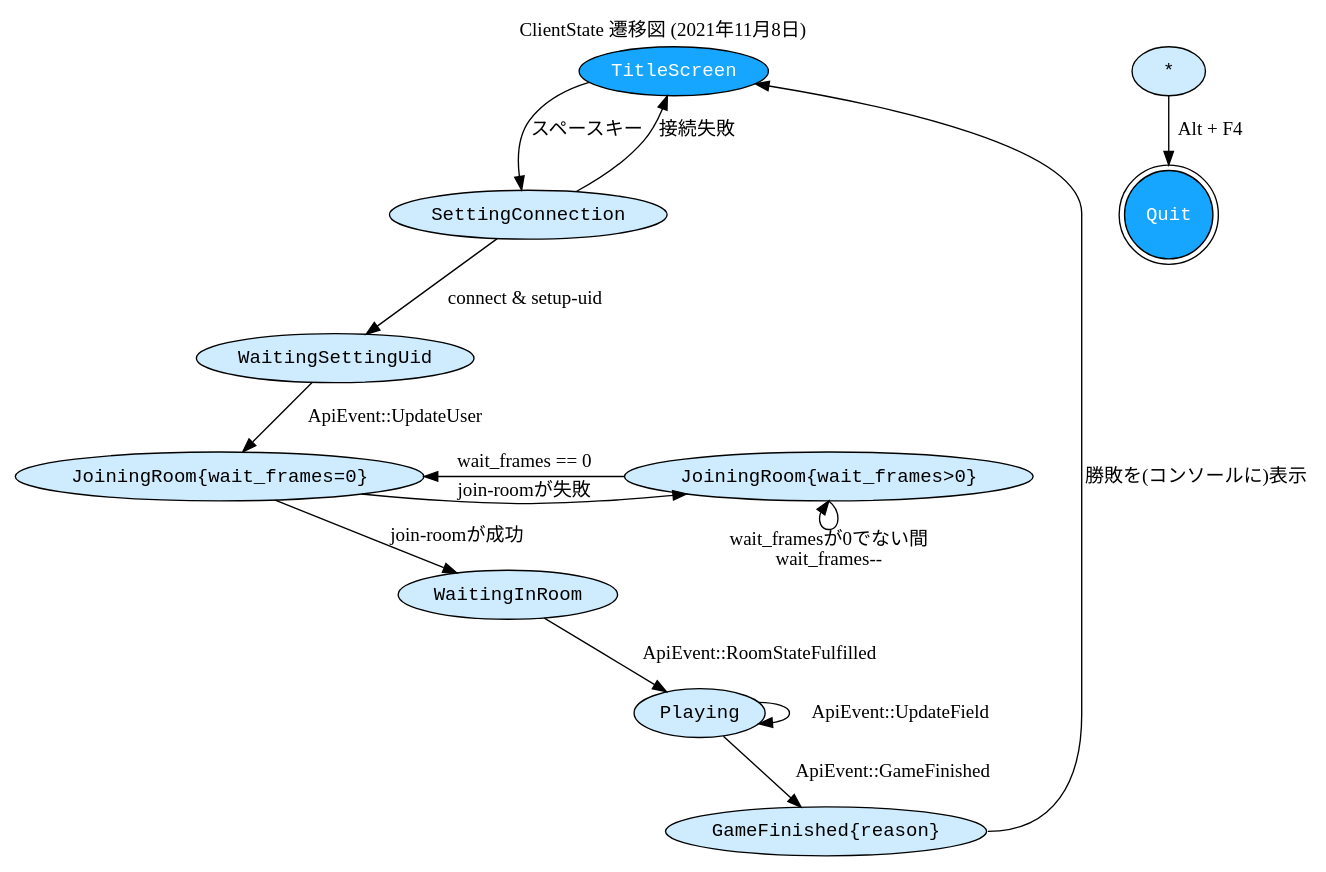
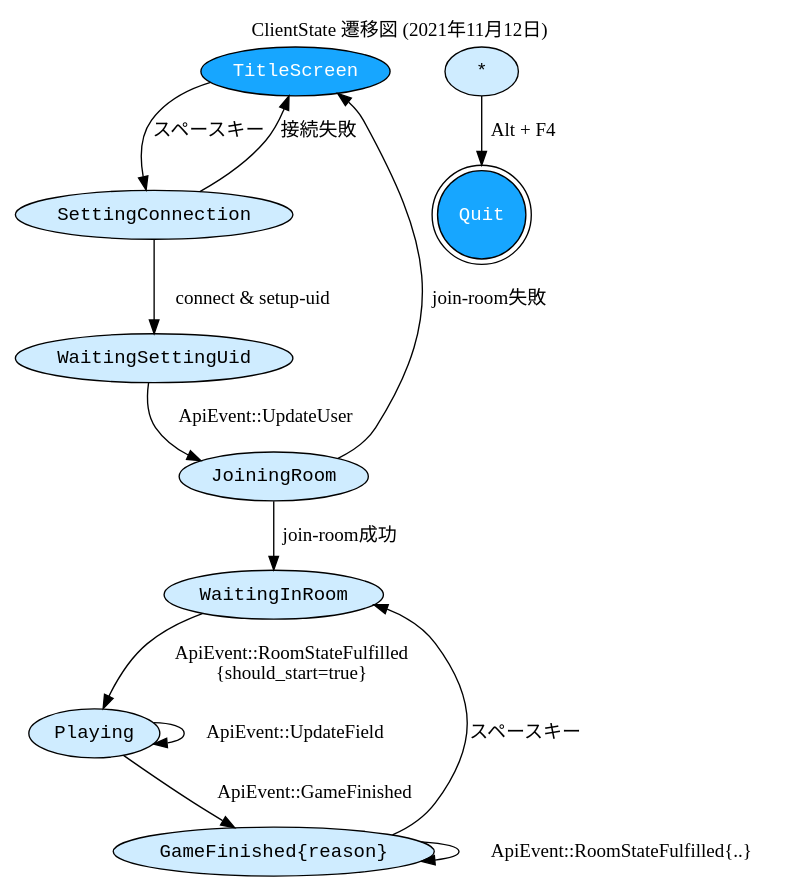
One commit to kcs1959/BlockingIO-client changed the diagram in doc/ClientState.dot. Above: the diagram before and after it, drawn with Graphviz. The commit also changed 1 other file, not shown here.

```diff
--- a/doc/ClientState.dot
+++ b/doc/ClientState.dot
@@ -1,92 +1,86 @@
 digraph ClientState {
   graph [
     charset = "UTF-8"
   ];
-  label = "ClientState 遷移図 (2021年11月8日)"
+  label = "ClientState 遷移図 (2021年11月12日)"
   labelloc = t
   labeljust = c
   rankdir = TB
   layout = dot
   
   node [
     fontname = "HackGen, Consolas, monospace"
     shape = ellipse
     style = filled
     fillcolor = "#cfecff"
   ];
   edge [];
 
   TitleScreen [
     fontcolor = white
     fillcolor = "#17a6ff" 
   ];
   SettingConnection;
   WaitingSettingUid;
-  JoiningRoom0 [ label = "JoiningRoom{wait_frames=0}" ];
-  JoiningRoomN [ label = "JoiningRoom{wait_frames>0}" ];
-  {rank = same; JoiningRoom0; JoiningRoomN;}
+  JoiningRoom;
   WaitingInRoom;
   Playing;
   GameFinished [ label = "GameFinished{reason}" ];
   Quit [ 
     shape=doublecircle
     fontcolor = white
     fillcolor = "#17a6ff"  
   ];
   any [ label = "*" ];
 
 
   TitleScreen -> SettingConnection [
     label = "スペースキー"
   ];
 
   SettingConnection -> TitleScreen [
     label = "接続失敗"
   ];
 
   SettingConnection -> WaitingSettingUid [
     label = "connect & setup-uid"
   ];
 
-  WaitingSettingUid -> JoiningRoom0 [
+  WaitingSettingUid -> JoiningRoom [
     label = "ApiEvent::UpdateUser"
   ];
 
-  JoiningRoom0 -> WaitingInRoom [
-    label = "join-roomが成功"
+  JoiningRoom -> WaitingInRoom [
+    label = "join-room成功"
   ];
 
-  JoiningRoom0 -> JoiningRoomN [
-    label = "join-roomが失敗"
-  ];
-
-  JoiningRoomN -> JoiningRoom0 [
-    label="wait_frames == 0"
-  ];
-
-  JoiningRoomN:s -> JoiningRoomN:s [
-    label = "wait_framesが0でない間\nwait_frames--"
+  JoiningRoom -> TitleScreen [
+    label = "join-room失敗"
   ];
 
   WaitingInRoom -> Playing [
-    label = "ApiEvent::RoomStateFulfilled"
+    label = "ApiEvent::RoomStateFulfilled\n{should_start=true}"
   ];
 
   Playing -> Playing [
     label = "ApiEvent::UpdateField"
   ];
 
   Playing -> GameFinished [
     label = "ApiEvent::GameFinished"
   ];
 
-  GameFinished:e -> TitleScreen [
-    label = "勝敗を(コンソールに)表示"
+  GameFinished -> WaitingInRoom [
+    label = "スペースキー"
+  ];
+
+  GameFinished -> GameFinished [
+    label = "ApiEvent::RoomStateFulfilled{..}"
   ];
 
 
 
   any -> Quit [
     label = "Alt + F4"
   ];
 }
```
